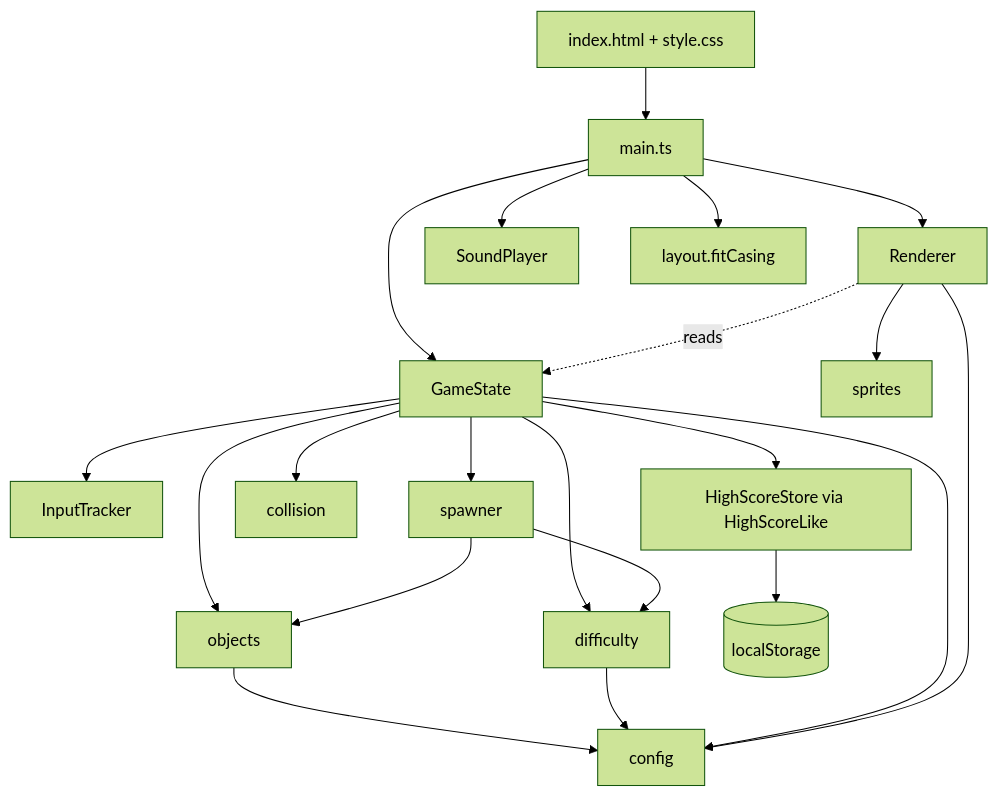
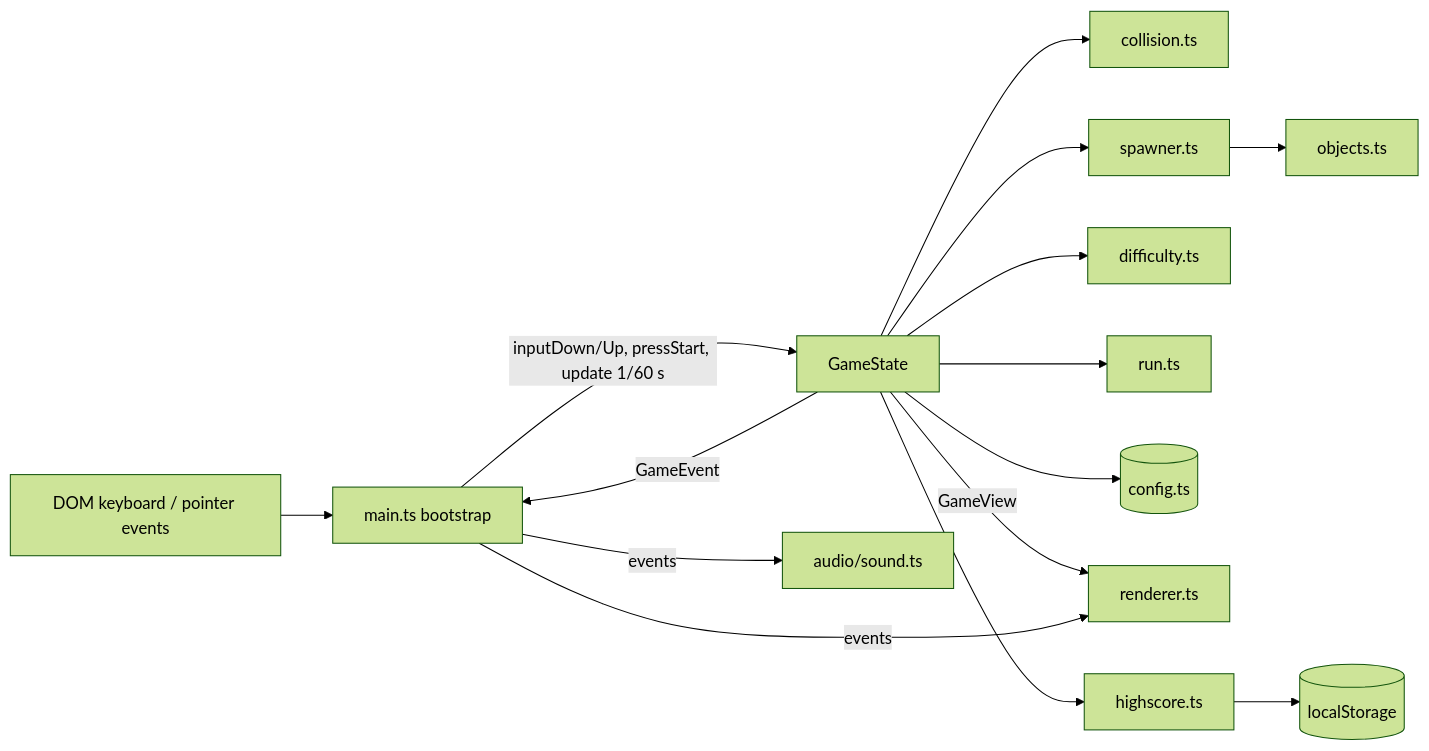
One commit to snow-note/aiCatch changed the first of 3 diagrams in aidlc/spaces/default/codekb/aiCatch/architecture.md. Above: the diagram before and after it, drawn with Mermaid (forest theme). The commit also changed other lines of this file and 38 other files, not shown here.

````diff
--- a/aidlc/spaces/default/codekb/aiCatch/architecture.md
+++ b/aidlc/spaces/default/codekb/aiCatch/architecture.md
@@ -17,23 +10,15 @@
 ```mermaid
-flowchart TD
-  HTML[index.html + style.css] --> Main[main.ts]
-  Main --> GS[GameState]
-  Main --> R[Renderer]
-  Main --> SP[SoundPlayer]
-  Main --> L[layout.fitCasing]
-  GS --> IT[InputTracker]
-  GS --> SPN[spawner]
-  GS --> COL[collision]
-  GS --> OBJ[objects]
-  GS --> DIF[difficulty]
-  GS --> HS[HighScoreStore via HighScoreLike]
-  SPN --> DIF
-  SPN --> OBJ
-  OBJ --> CFG[config]
-  DIF --> CFG
-  GS --> CFG
-  R --> SPR[sprites]
-  R --> CFG
-  R -. reads .-> GS
-  HS --> LS[(localStorage)]
+flowchart LR
+  Input[DOM keyboard / pointer events] --> Main[main.ts bootstrap]
+  Main -->|inputDown/Up, pressStart, update 1/60 s| State[GameState]
+  State --> Collision[collision.ts]
+  State --> Spawner[spawner.ts] --> Objects[objects.ts]
+  State --> Difficulty[difficulty.ts]
+  State --> Run[run.ts]
+  State --> Config[(config.ts)]
+  State -->|GameView| Renderer[renderer.ts]
+  State -->|GameEvent| Main
+  Main -->|events| Renderer
+  Main -->|events| Sound[audio/sound.ts]
+  State --> HS[highscore.ts] --> LS[(localStorage)]
 ```
````
